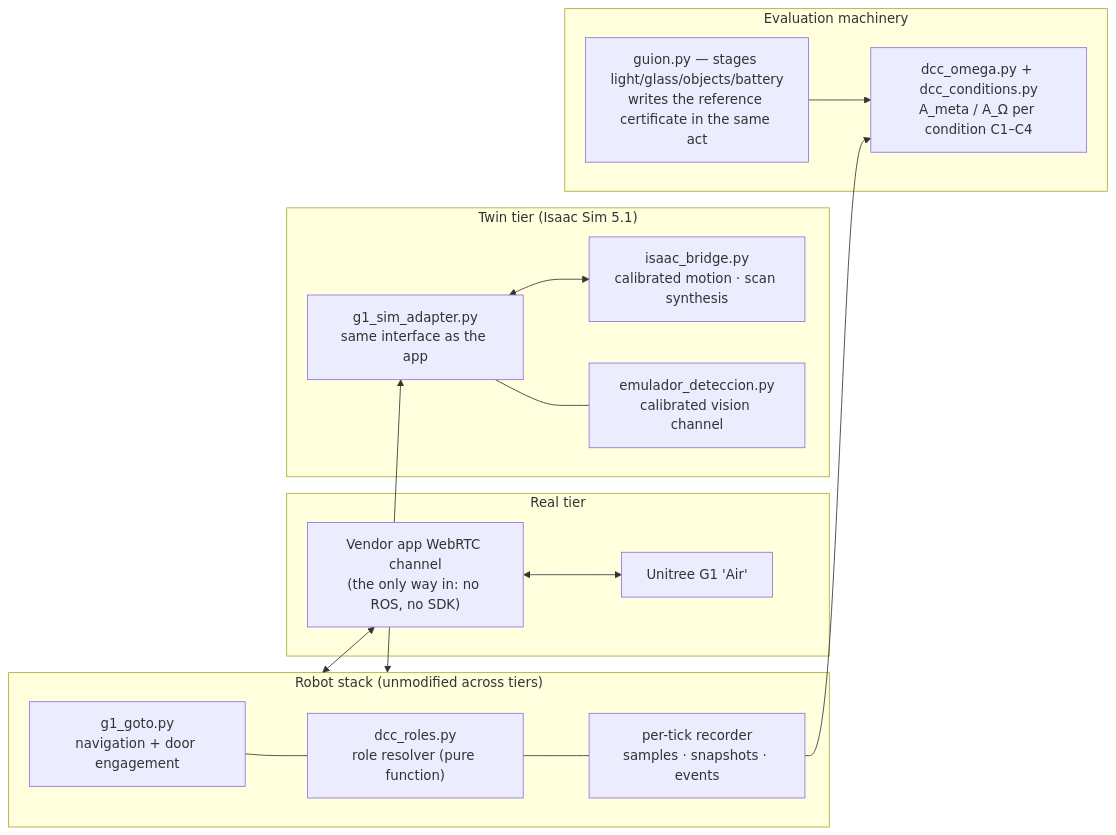
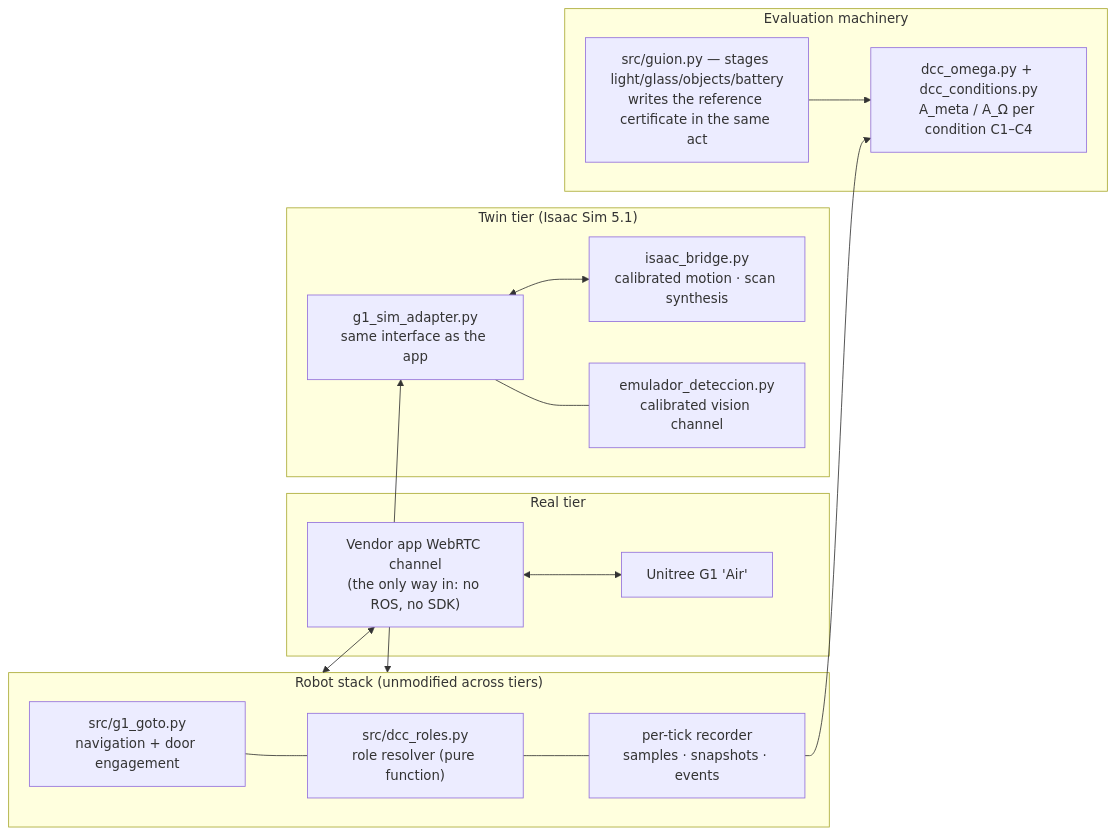
The first of 2 diagrams in README.md (5G-ERA/Computational-cognitive-memory-robotic-evaluation), drawn with Mermaid before and after one commit. The commit also changed other lines of this file and 140 other files, not shown here.

````diff
--- a/README.md
+++ b/README.md
@@ -62,34 +62,34 @@
 ```mermaid
 flowchart LR
     subgraph stack["Robot stack (unmodified across tiers)"]
-        NAV["g1_goto.py<br/>navigation + door engagement"]
-        ROLES["dcc_roles.py<br/>role resolver (pure function)"]
+        NAV["src/g1_goto.py<br/>navigation + door engagement"]
+        ROLES["src/dcc_roles.py<br/>role resolver (pure function)"]
         REC["per-tick recorder<br/>samples · snapshots · events"]
         NAV --- ROLES --- REC
     end
 
     subgraph real["Real tier"]
         APP["Vendor app WebRTC channel<br/>(the only way in: no ROS, no SDK)"]
         G1["Unitree G1 'Air'"]
         APP <--> G1
     end
 
     subgraph twin["Twin tier (Isaac Sim 5.1)"]
         BR["isaac_bridge.py<br/>calibrated motion · scan synthesis"]
         AD["g1_sim_adapter.py<br/>same interface as the app"]
         EMU["emulador_deteccion.py<br/>calibrated vision channel"]
         AD <--> BR
         AD --- EMU
     end
 
     stack <--> APP
     stack <--> AD
 
     subgraph eval["Evaluation machinery"]
-        GUION["guion.py — stages light/glass/objects/battery<br/>writes the reference certificate in the same act"]
+        GUION["src/guion.py — stages light/glass/objects/battery<br/>writes the reference certificate in the same act"]
         SCORE["dcc_omega.py + dcc_conditions.py<br/>A_meta / A_Ω per condition C1–C4"]
         GUION --> SCORE
     end
 
     REC --> SCORE
 ```
````
